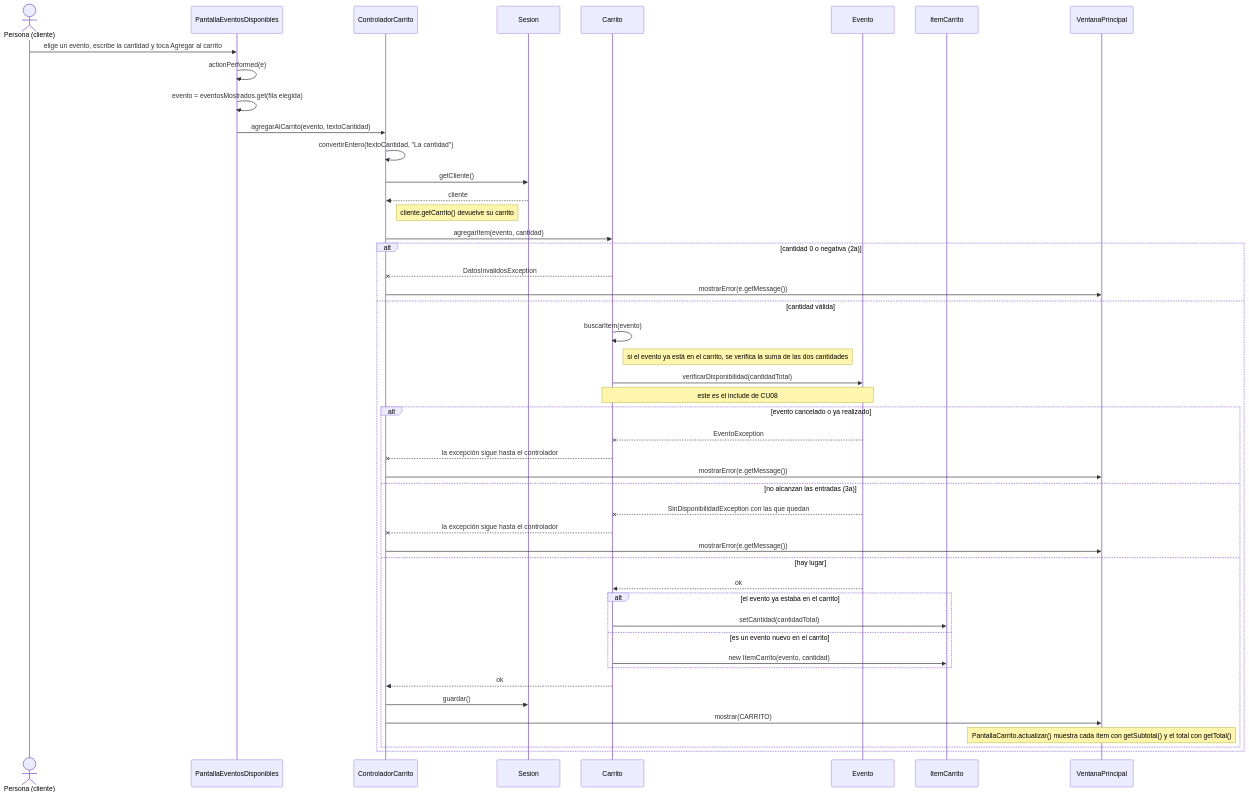
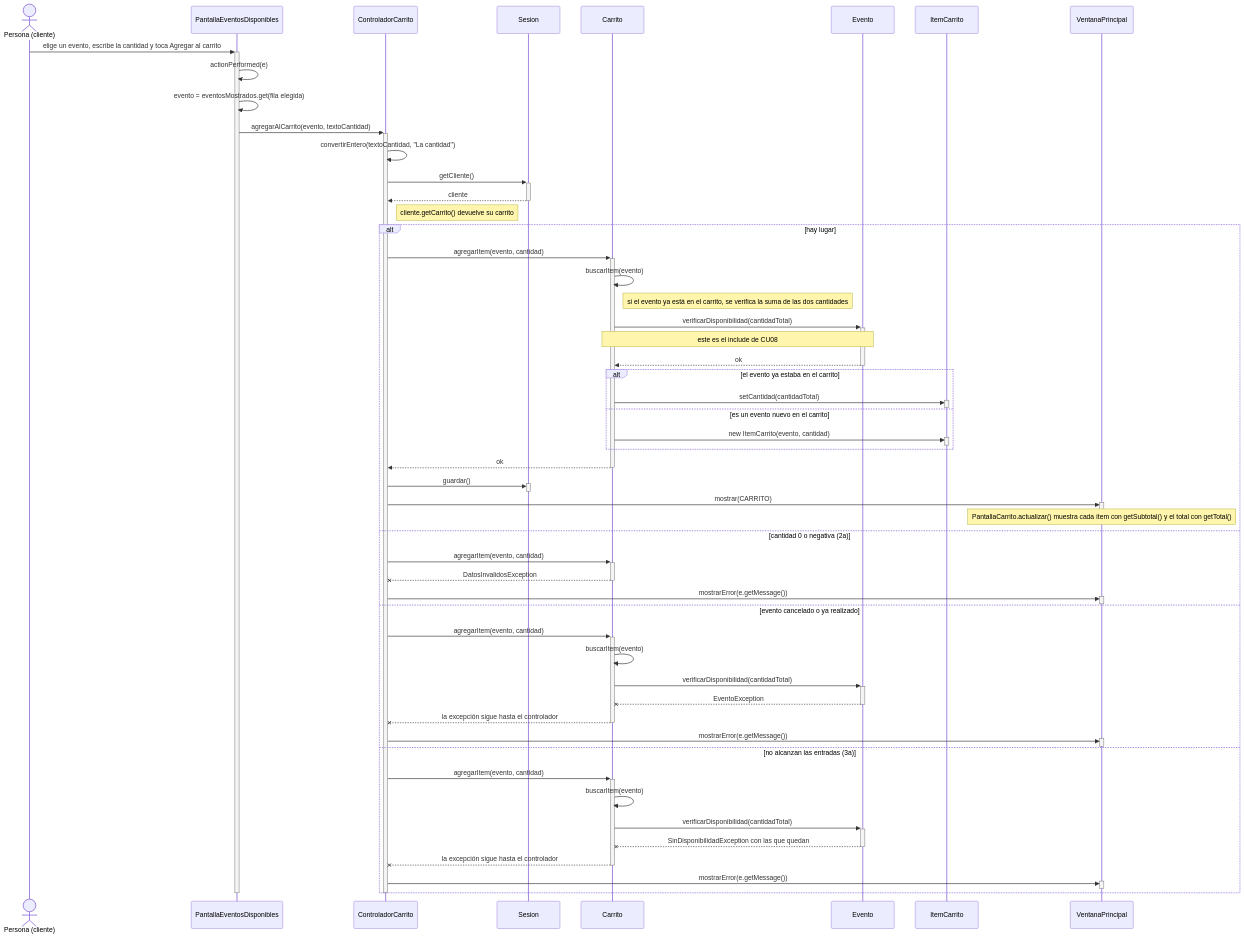
One commit to AgustinSimonenco/gestion-eventos-musicales changed the diagram in docs/diseno/secuencias/CU09-agregar-entradas-al-carrito.md. Above: the diagram before and after it, drawn with Mermaid. The commit also changed 12 other files, not shown here.

First line of the commit message:
Agregar barras de activación a todos los diagramas de secuencia

````diff
--- a/docs/diseno/secuencias/CU09-agregar-entradas-al-carrito.md
+++ b/docs/diseno/secuencias/CU09-agregar-entradas-al-carrito.md
@@ -9,50 +9,64 @@
 ```mermaid
 sequenceDiagram
     actor U as Persona (cliente)
     participant P as PantallaEventosDisponibles
     participant C as ControladorCarrito
     participant S as Sesion
     participant Ca as Carrito
     participant E as Evento
     participant I as ItemCarrito
     participant V as VentanaPrincipal
 
-    U->>P: elige un evento, escribe la cantidad y toca Agregar al carrito
+    U->>+P: elige un evento, escribe la cantidad y toca Agregar al carrito
     P->>P: actionPerformed(e)
     P->>P: evento = eventosMostrados.get(fila elegida)
-    P->>C: agregarAlCarrito(evento, textoCantidad)
+    P->>+C: agregarAlCarrito(evento, textoCantidad)
     C->>C: convertirEntero(textoCantidad, "La cantidad")
-    C->>S: getCliente()
-    S-->>C: cliente
+    C->>+S: getCliente()
+    S-->>-C: cliente
     Note right of C: cliente.getCarrito() devuelve su carrito
-    C->>Ca: agregarItem(evento, cantidad)
-    alt cantidad 0 o negativa (2a)
-        Ca--xC: DatosInvalidosException
-        C->>V: mostrarError(e.getMessage())
-    else cantidad válida
+    alt hay lugar
+        C->>+Ca: agregarItem(evento, cantidad)
         Ca->>Ca: buscarItem(evento)
         Note right of Ca: si el evento ya está en el carrito, se verifica la suma de las dos cantidades
-        Ca->>E: verificarDisponibilidad(cantidadTotal)
+        Ca->>+E: verificarDisponibilidad(cantidadTotal)
         Note over Ca,E: este es el include de CU08
-        alt evento cancelado o ya realizado
-            E--xCa: EventoException
-            Ca--xC: la excepción sigue hasta el controlador
-            C->>V: mostrarError(e.getMessage())
-        else no alcanzan las entradas (3a)
-            E--xCa: SinDisponibilidadException con las que quedan
-            Ca--xC: la excepción sigue hasta el controlador
-            C->>V: mostrarError(e.getMessage())
-        else hay lugar
-            E-->>Ca: ok
-            alt el evento ya estaba en el carrito
-                Ca->>I: setCantidad(cantidadTotal)
-            else es un evento nuevo en el carrito
-                Ca->>I: new ItemCarrito(evento, cantidad)
-            end
-            Ca-->>C: ok
-            C->>S: guardar()
-            C->>V: mostrar(CARRITO)
-            Note over V: PantallaCarrito.actualizar() muestra cada ítem con getSubtotal() y el total con getTotal()
+        E-->>-Ca: ok
+        alt el evento ya estaba en el carrito
+            Ca->>+I: setCantidad(cantidadTotal)
+            deactivate I
+        else es un evento nuevo en el carrito
+            Ca->>+I: new ItemCarrito(evento, cantidad)
+            deactivate I
         end
+        Ca-->>-C: ok
+        C->>+S: guardar()
+        deactivate S
+        C->>+V: mostrar(CARRITO)
+        deactivate V
+        Note over V: PantallaCarrito.actualizar() muestra cada ítem con getSubtotal() y el total con getTotal()
+    else cantidad 0 o negativa (2a)
+        C->>+Ca: agregarItem(evento, cantidad)
+        Ca--x-C: DatosInvalidosException
+        C->>+V: mostrarError(e.getMessage())
+        deactivate V
+    else evento cancelado o ya realizado
+        C->>+Ca: agregarItem(evento, cantidad)
+        Ca->>Ca: buscarItem(evento)
+        Ca->>+E: verificarDisponibilidad(cantidadTotal)
+        E--x-Ca: EventoException
+        Ca--x-C: la excepción sigue hasta el controlador
+        C->>+V: mostrarError(e.getMessage())
+        deactivate V
+    else no alcanzan las entradas (3a)
+        C->>+Ca: agregarItem(evento, cantidad)
+        Ca->>Ca: buscarItem(evento)
+        Ca->>+E: verificarDisponibilidad(cantidadTotal)
+        E--x-Ca: SinDisponibilidadException con las que quedan
+        Ca--x-C: la excepción sigue hasta el controlador
+        C->>+V: mostrarError(e.getMessage())
+        deactivate V
     end
+    deactivate C
+    deactivate P
 ```
````
